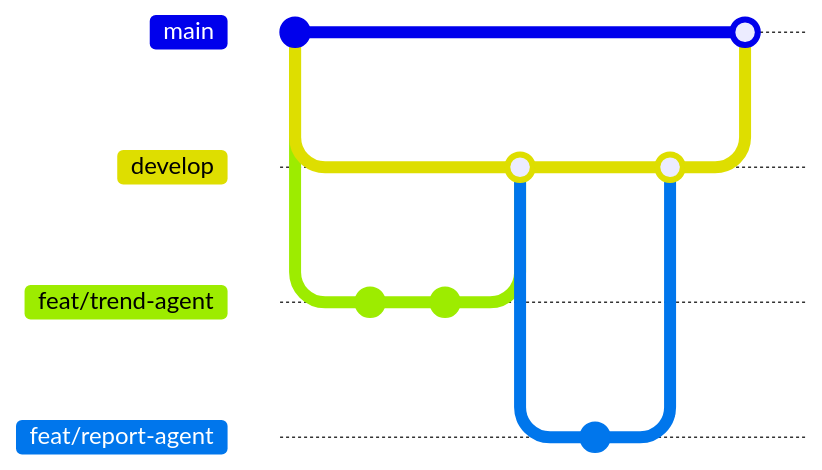
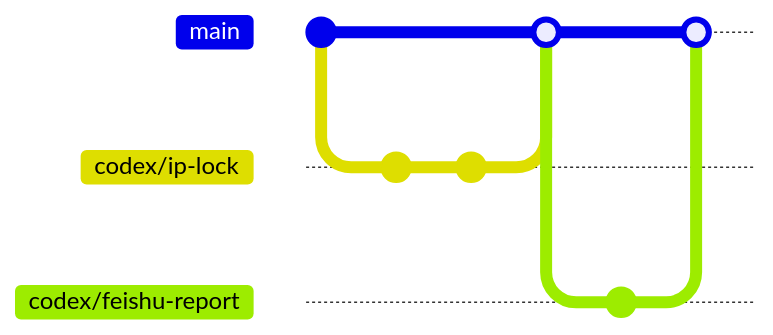
Before and after one commit to steelebluesummer-droid/SKU-Hunters: the diagram in CONTRIBUTING.md, drawn with Mermaid. The commit also changed other lines of this file and 34 other files, not shown here. Commit ids are hidden.

````diff
--- a/CONTRIBUTING.md
+++ b/CONTRIBUTING.md
@@ -19,17 +17,14 @@
 ```mermaid
 gitGraph
    commit
-   branch develop
-   checkout develop
-   branch feat/trend-agent
+   branch codex/ip-lock
+   checkout codex/ip-lock
    commit
    commit
-   checkout develop
-   merge feat/trend-agent
-   branch feat/report-agent
+   checkout main
+   merge codex/ip-lock
+   branch codex/feishu-report
    commit
-   checkout develop
-   merge feat/report-agent
    checkout main
-   merge develop
+   merge codex/feishu-report
 ```
````
